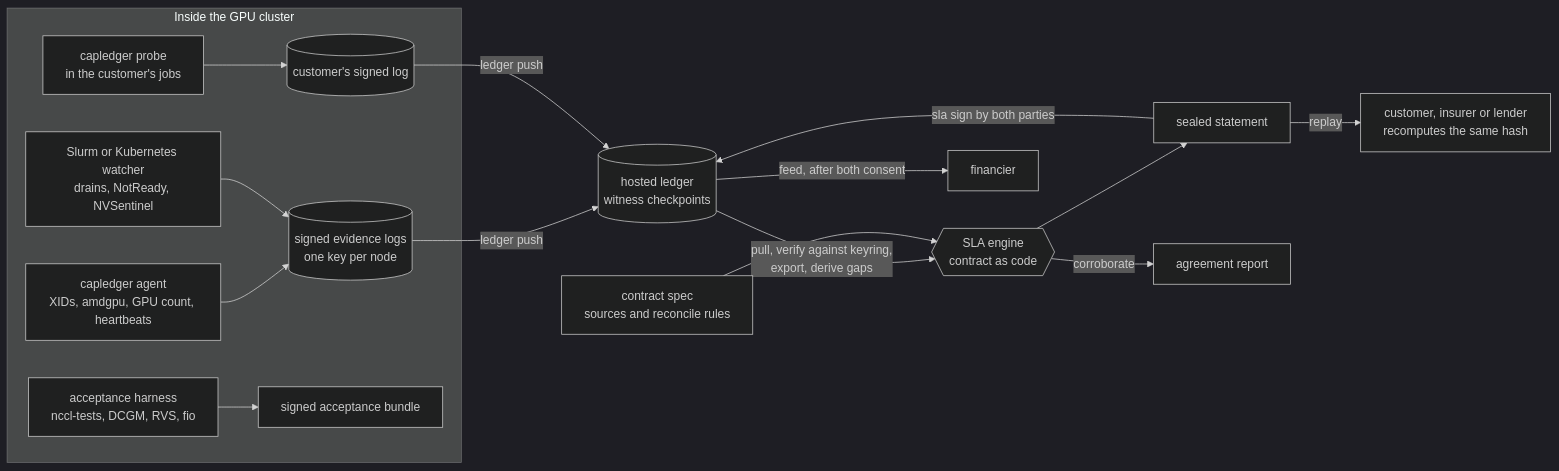
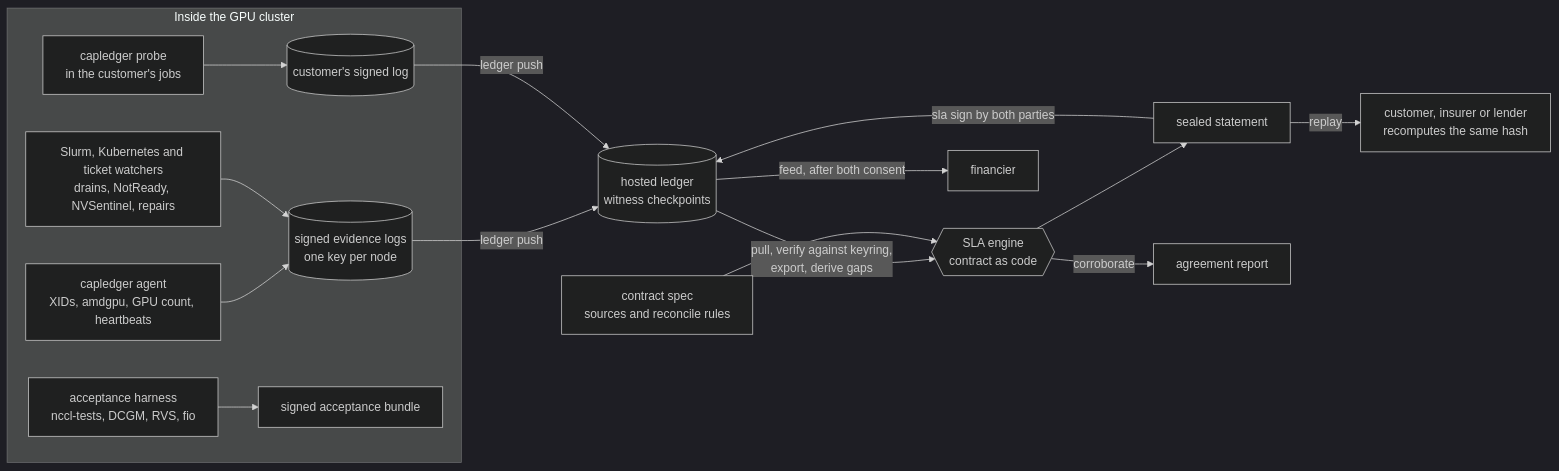
The first of 6 diagrams in README.md (Sievehouse/gpu-sentinel), drawn with Mermaid (dark theme) before and after one commit. The commit also changed other lines of this file, not shown here.

````diff
--- a/README.md
+++ b/README.md
@@ -48,17 +48,17 @@
 ```mermaid
 flowchart LR
   subgraph cluster["Inside the GPU cluster"]
     A["capledger agent<br/>XIDs, amdgpu, GPU count, heartbeats"] --> L[("signed evidence logs<br/>one key per node")]
-    W["Slurm or Kubernetes watcher<br/>drains, NotReady, NVSentinel"] --> L
+    W["Slurm, Kubernetes and ticket watchers<br/>drains, NotReady, NVSentinel, repairs"] --> L
     P["capledger probe<br/>in the customer's jobs"] --> T[("customer's signed log")]
     H["acceptance harness<br/>nccl-tests, DCGM, RVS, fio"] --> B["signed acceptance bundle"]
   end
   L & T -->|"ledger push"| LG[("hosted ledger<br/>witness checkpoints")]
   LG -->|"pull, verify against keyring,<br/>export, derive gaps"| E{{"SLA engine<br/>contract as code"}}
   C["contract spec<br/>sources and reconcile rules"] --> E
   E --> S["sealed statement"]
   S -->|"sla sign by both parties"| LG
   S -->|replay| V["customer, insurer or lender<br/>recomputes the same hash"]
   LG -->|"feed, after both consent"| F["financier"]
   E -->|corroborate| R["agreement report"]
 ```
````
